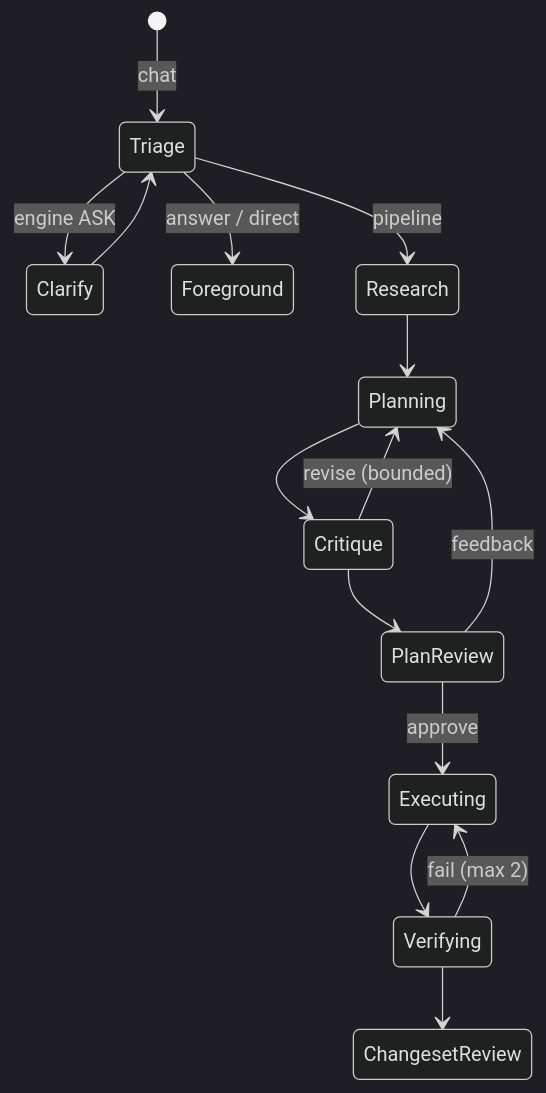
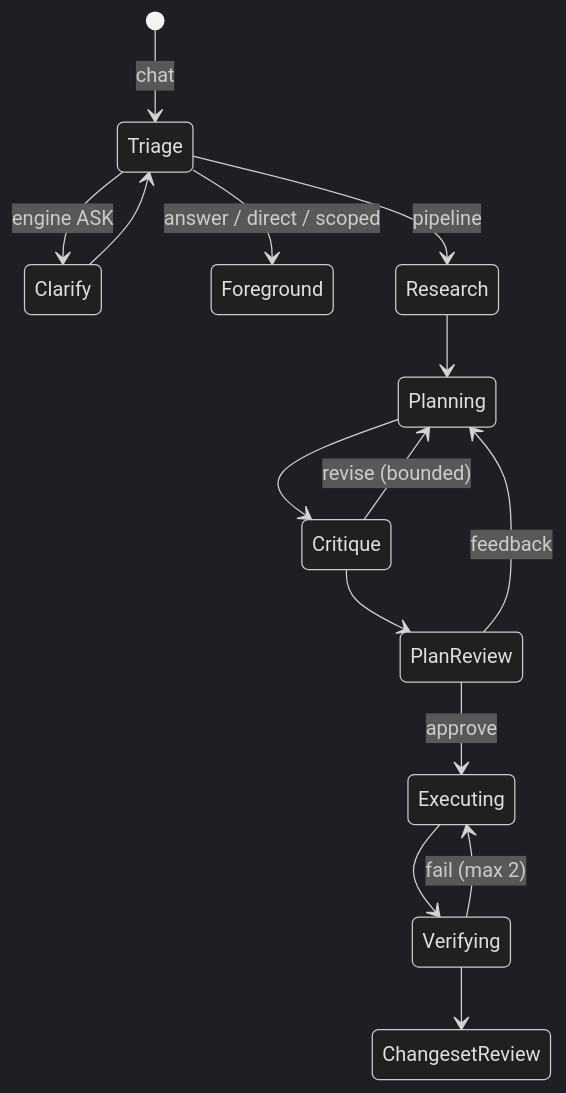
Before and after one commit to raravel/eud-agent: the second of 3 diagrams in hivemind/docs/architecture.md, drawn with Mermaid (dark theme). The commit also changed other lines of this file and 15 other files, not shown here.

First line of the commit message:
feat(workflow): scoped triage route and set-aside interrupted requests

````diff
--- a/hivemind/docs/architecture.md
+++ b/hivemind/docs/architecture.md
@@ -150,17 +150,17 @@
 ```mermaid
 stateDiagram-v2
     [*] --> Triage: chat
     Triage --> Clarify: engine ASK
     Clarify --> Triage
-    Triage --> Foreground: answer / direct
+    Triage --> Foreground: answer / direct / scoped
     Triage --> Research: pipeline
     Research --> Planning
     Planning --> Critique
     Critique --> Planning: revise (bounded)
     Critique --> PlanReview
     PlanReview --> Planning: feedback
     PlanReview --> Executing: approve
     Executing --> Verifying
     Verifying --> Executing: fail (max 2)
     Verifying --> ChangesetReview
 ```
````
